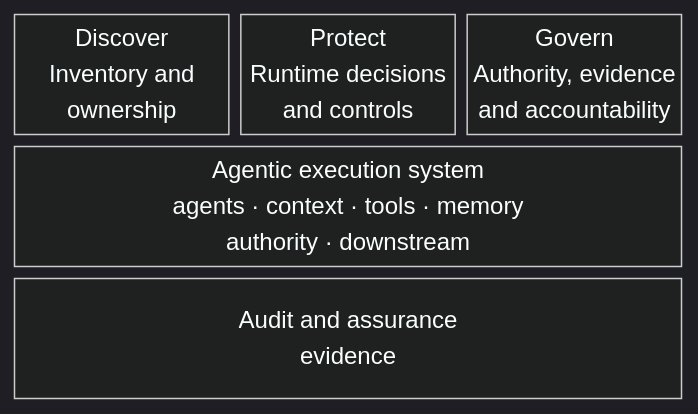
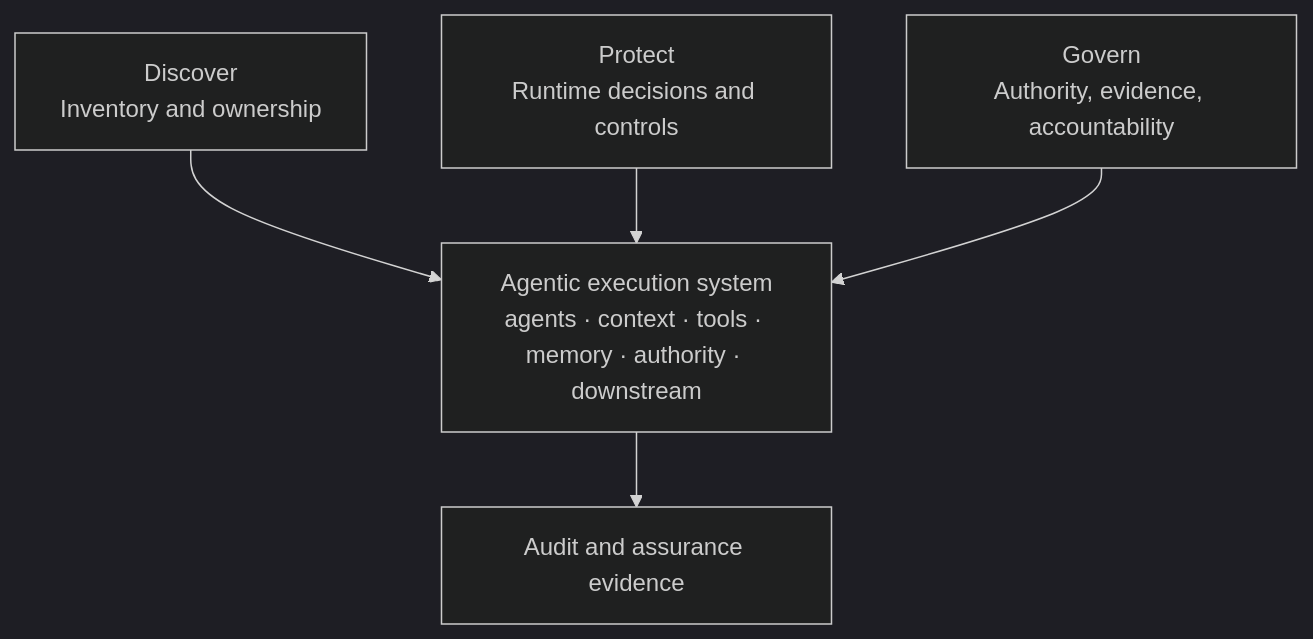
One commit to natnew/Awesome-Agentic-AI-Security changed the first of 5 diagrams in docs/04-defence-architecture.md. Above: the diagram before and after it, drawn with Mermaid (dark theme).

Commit message:
doc: defence architecture AI plane update

````diff
--- a/docs/04-defence-architecture.md
+++ b/docs/04-defence-architecture.md
@@ -44,11 +44,14 @@
 ```mermaid
-block-beta
-columns 3
-  Discover["Discover<br/>Inventory and<br/>ownership"]
-  Protect["Protect<br/>Runtime decisions<br/>and controls"]
-  Govern["Govern<br/>Authority, evidence<br/>and accountability"]
+flowchart TB
+  D["Discover<br/>Inventory and ownership"]
+  P["Protect<br/>Runtime decisions and controls"]
+  G["Govern<br/>Authority, evidence, accountability"]
 
-  System["Agentic execution system<br/>agents · context · tools · memory<br/>authority · downstream"]:3
+  S["Agentic execution system<br/>agents · context · tools · memory · authority · downstream"]
+  E["Audit and assurance evidence"]
 
-  Evidence["Audit and assurance<br/>evidence"]:3
+  D --> S
+  P --> S
+  G --> S
+  S --> E
 ```
````
